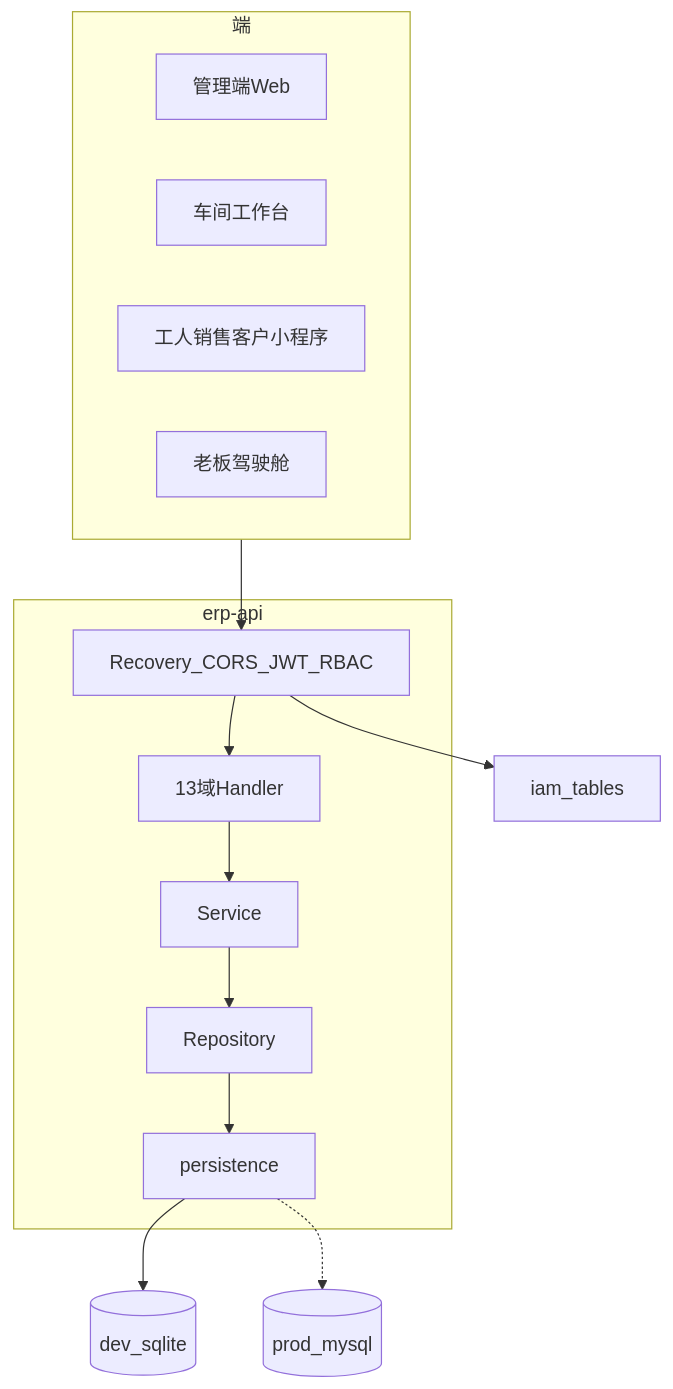
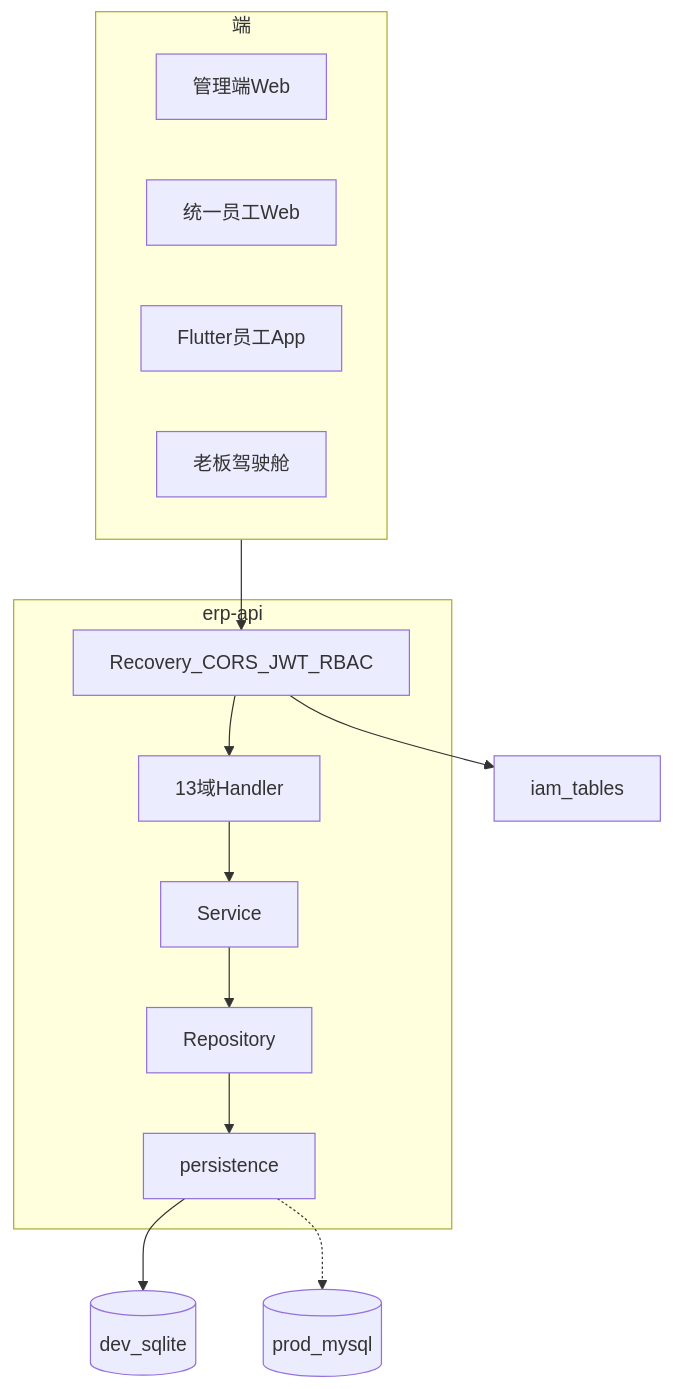
One commit to jasonkx020/factory-erp changed the first of 2 diagrams in docs/系统框架设计.md. Above: the diagram before and after it, drawn with Mermaid. The commit also changed other lines of this file and 265 other files, not shown here.

````diff
--- a/docs/系统框架设计.md
+++ b/docs/系统框架设计.md
@@ -24,20 +25,20 @@
 ```mermaid
 flowchart TB
   subgraph clients [端]
     Admin[管理端Web]
-    Pad[车间工作台]
-    MP[工人销售客户小程序]
+    EmployeeWeb[统一员工Web]
+    EmployeeApp[Flutter员工App]
     Boss[老板驾驶舱]
   end
   subgraph api [erp-api]
     MW[Recovery_CORS_JWT_RBAC]
     Domains[13域Handler]
     Svc[Service]
     Repo[Repository]
     Persist[persistence]
   end
   clients --> MW --> Domains --> Svc --> Repo --> Persist
   Persist --> SQLite[(dev_sqlite)]
   Persist -.-> MySQL[(prod_mysql)]
   MW --> IAM[iam_tables]
 ```
````
